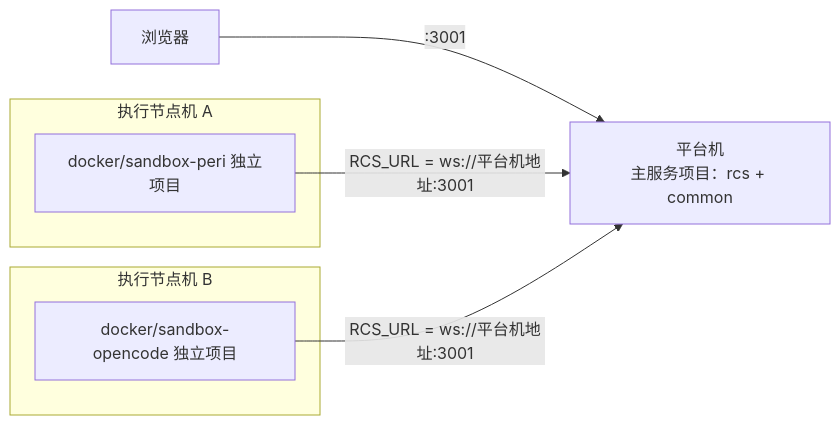
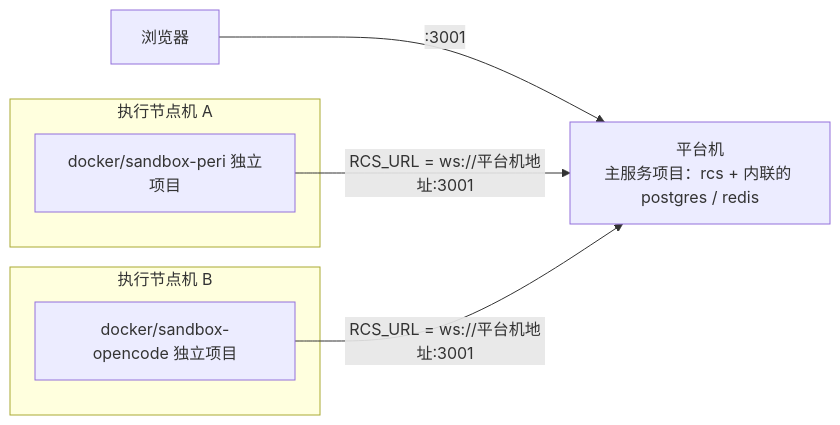
The fourth of 5 diagrams in docs/arch/26-deployment-topology.md (HuangPuStar/FenixAgent), drawn with Mermaid before and after one commit. The commit also changed other lines of this file and 73 other files, not shown here.

````diff
--- a/docs/arch/26-deployment-topology.md
+++ b/docs/arch/26-deployment-topology.md
@@ -219,14 +228,14 @@
 ```mermaid
 flowchart LR
-    User["浏览器"] -->|":3001"| RCS["平台机<br/>主服务项目：rcs + common"]
+    User["浏览器"] -->|":3001"| RCS["平台机<br/>主服务项目：rcs + 内联的 postgres / redis"]
 
     subgraph N1["执行节点机 A"]
         SP["docker/sandbox-peri 独立项目"]
     end
     subgraph N2["执行节点机 B"]
         SO["docker/sandbox-opencode 独立项目"]
     end
 
     SP -->|"RCS_URL = ws://平台机地址:3001"| RCS
     SO -->|"RCS_URL = ws://平台机地址:3001"| RCS
 ```
````
